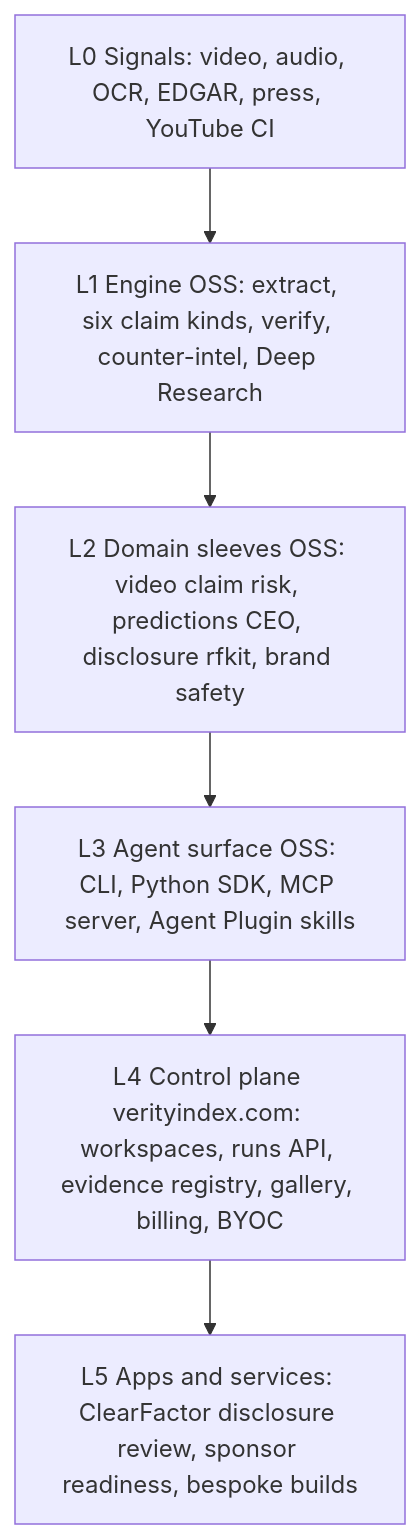
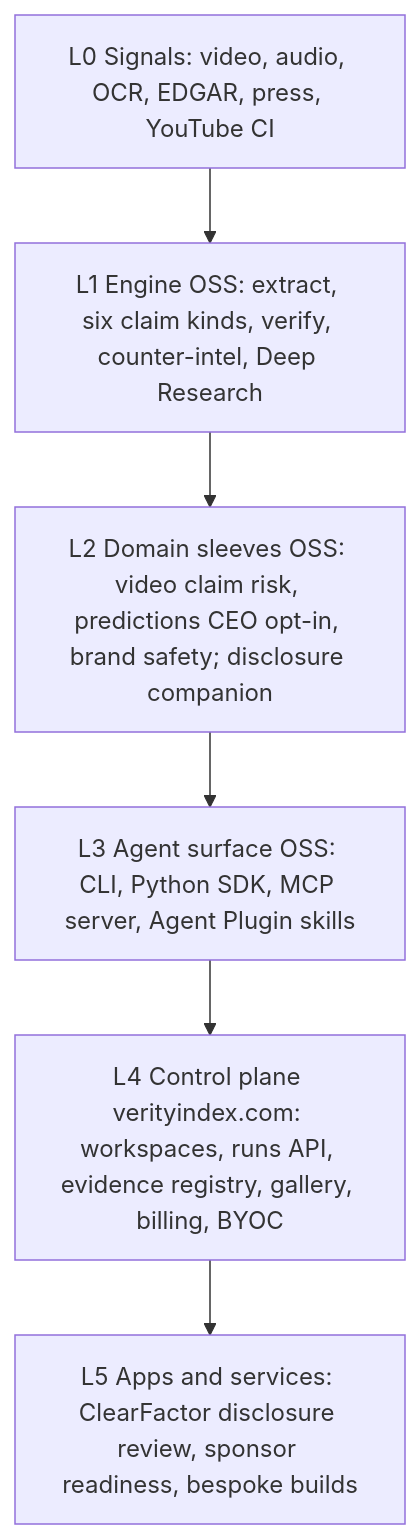
One commit to hotchilianalytics/verityngn-oss changed the diagram in docs/platform/PLATFORM_OVERVIEW.md. Above: the diagram before and after it, drawn with Mermaid. The commit also changed other lines of this file and 47 other files, not shown here.

````diff
--- a/docs/platform/PLATFORM_OVERVIEW.md
+++ b/docs/platform/PLATFORM_OVERVIEW.md
@@ -10,10 +10,10 @@
 ```mermaid
 flowchart TB
   signals["L0 Signals: video, audio, OCR, EDGAR, press, YouTube CI"]
   engine["L1 Engine OSS: extract, six claim kinds, verify, counter-intel, Deep Research"]
-  sleeves["L2 Domain sleeves OSS: video claim risk, predictions CEO, disclosure rfkit, brand safety"]
+  sleeves["L2 Domain sleeves OSS: video claim risk, predictions CEO opt-in, brand safety; disclosure companion"]
   agent["L3 Agent surface OSS: CLI, Python SDK, MCP server, Agent Plugin skills"]
   control["L4 Control plane verityindex.com: workspaces, runs API, evidence registry, gallery, billing, BYOC"]
   apps["L5 Apps and services: ClearFactor disclosure review, sponsor readiness, bespoke builds"]
   signals --> engine --> sleeves --> agent --> control --> apps
 ```
````
